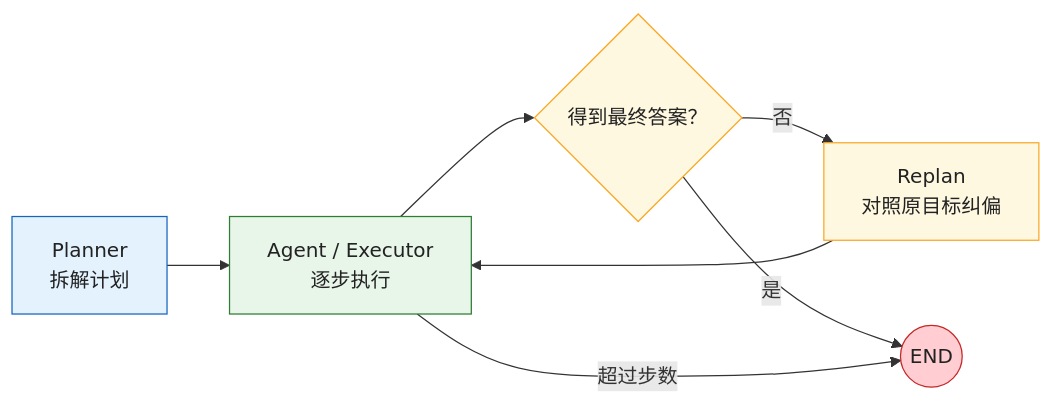
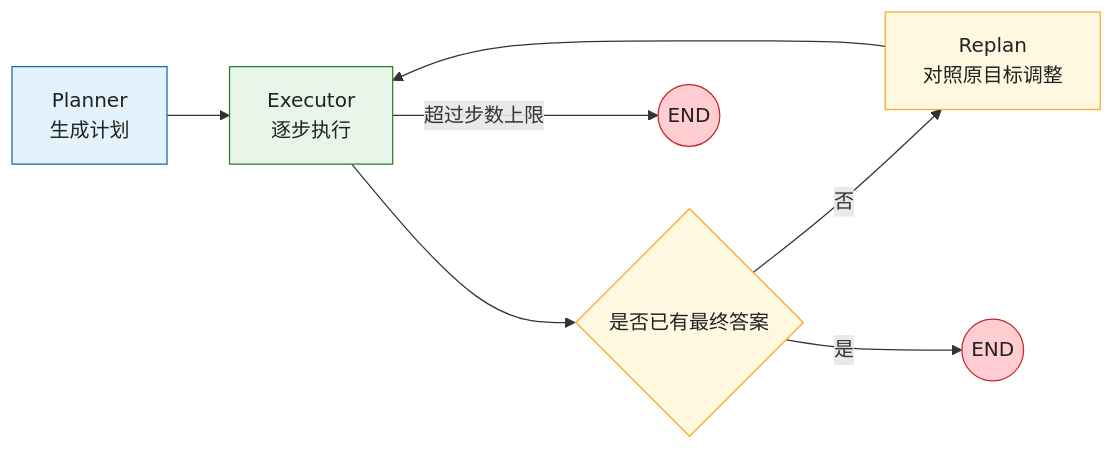
One commit to KwanWaiPang/KwanWaiPang.github.io changed the sixth of 7 diagrams in _posts/2026-07-15-langgraph.md. Above: the diagram before and after it, drawn with Mermaid. The commit also changed other lines of this file, not shown here.

First line of the commit message:
修复 LangGraph 博文图1渲染，并收敛表述与课程覆盖

```diff
--- a/_posts/2026-07-15-langgraph.md
+++ b/_posts/2026-07-15-langgraph.md
@@ -409,19 +432,19 @@
 <div class="mermaid" style="display: flex; justify-content: center; width: 100%; margin: 0 auto;">
 flowchart LR
-    classDef plan fill:#E3F2FD,stroke:#1565C0,color:#222
-    classDef act fill:#E8F5E9,stroke:#2E7D32,color:#222
-    classDef rep fill:#FFF8E1,stroke:#F9A825,color:#222
-    classDef endn fill:#FFCDD2,stroke:#C62828,color:#222
+    classDef planCls fill:#E3F2FD,stroke:#1565C0,color:#222
+    classDef actCls fill:#E8F5E9,stroke:#2E7D32,color:#222
+    classDef repCls fill:#FFF8E1,stroke:#F9A825,color:#222
+    classDef endCls fill:#FFCDD2,stroke:#C62828,color:#222
 
-    P["Planner<br/>拆解计划"] --> A["Agent / Executor<br/>逐步执行"]
-    A --> J{"得到最终答案？"}
-    J -->|"否"| R["Replan<br/>对照原目标纠偏"]
+    P["Planner<br/>生成计划"] --> A["Executor<br/>逐步执行"]
+    A --> J{"是否已有最终答案"}
+    J -->|"否"| R["Replan<br/>对照原目标调整"]
     R --> A
-    J -->|"是"| E((END))
-    A -->|"超过步数"| E
+    J -->|"是"| E1((END))
+    A -->|"超过步数上限"| E2((END))
 
-    class P plan
-    class A act
-    class R,J rep
-    class E endn
+    class P planCls
+    class A actCls
+    class R,J repCls
+    class E1,E2 endCls
 </div>
```
